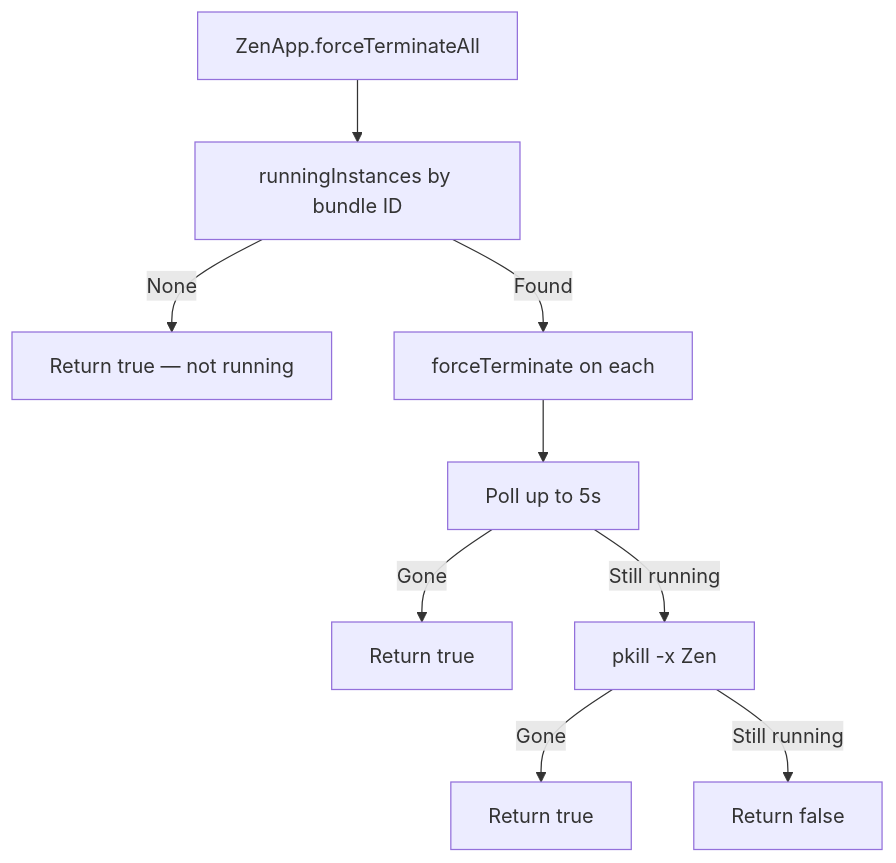
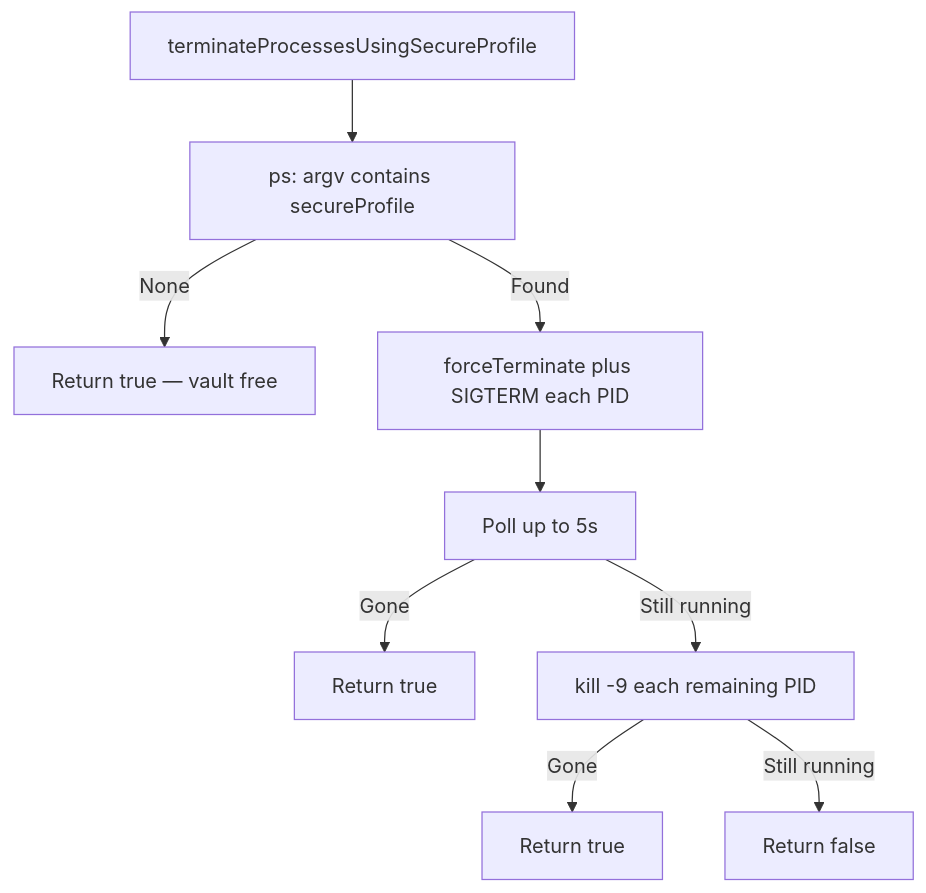
One commit to Johann-Goncalves-Pereira/Raycast changed the fifth of 6 diagrams in პროფილი/README.md. Above: the diagram before and after it, drawn with Mermaid. The commit also changed other lines of this file, not shown here.

````diff
--- a/პროფილი/README.md
+++ b/პროფილი/README.md
@@ -293,11 +309,11 @@
 ```mermaid
 flowchart TD
-    KillZen[ZenApp.forceTerminateAll] --> FindApps[runningInstances by bundle ID]
-    FindApps -->|None| DoneOK[Return true — not running]
-    FindApps -->|Found| ForceTerm[forceTerminate on each]
+    KillZen[terminateProcessesUsingSecureProfile] --> PsScan["ps: argv contains secureProfile"]
+    PsScan -->|None| DoneOK[Return true — vault free]
+    PsScan -->|Found| ForceTerm[forceTerminate plus SIGTERM each PID]
     ForceTerm --> WaitLoop[Poll up to 5s]
     WaitLoop -->|Gone| DoneOK2[Return true]
-    WaitLoop -->|Still running| Pkill[pkill -x Zen]
-    Pkill -->|Gone| DoneOK3[Return true]
-    Pkill -->|Still running| DoneFail[Return false]
+    WaitLoop -->|Still running| KillDashNine["kill -9 each remaining PID"]
+    KillDashNine -->|Gone| DoneOK3[Return true]
+    KillDashNine -->|Still running| DoneFail[Return false]
 ```
````
